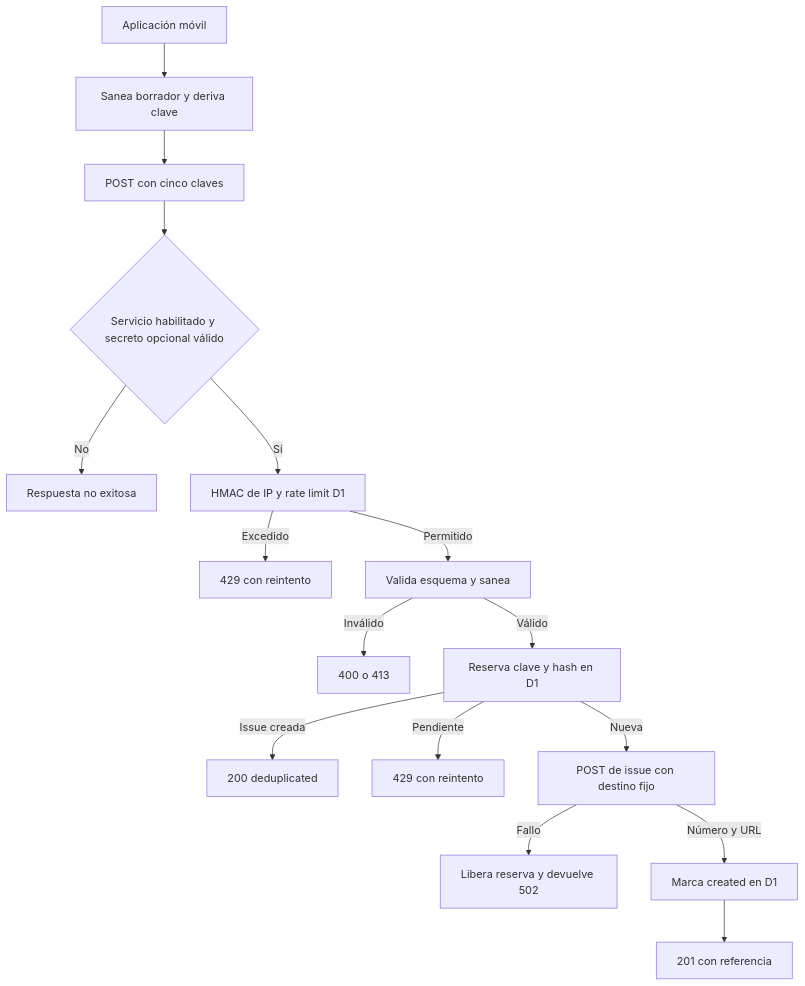
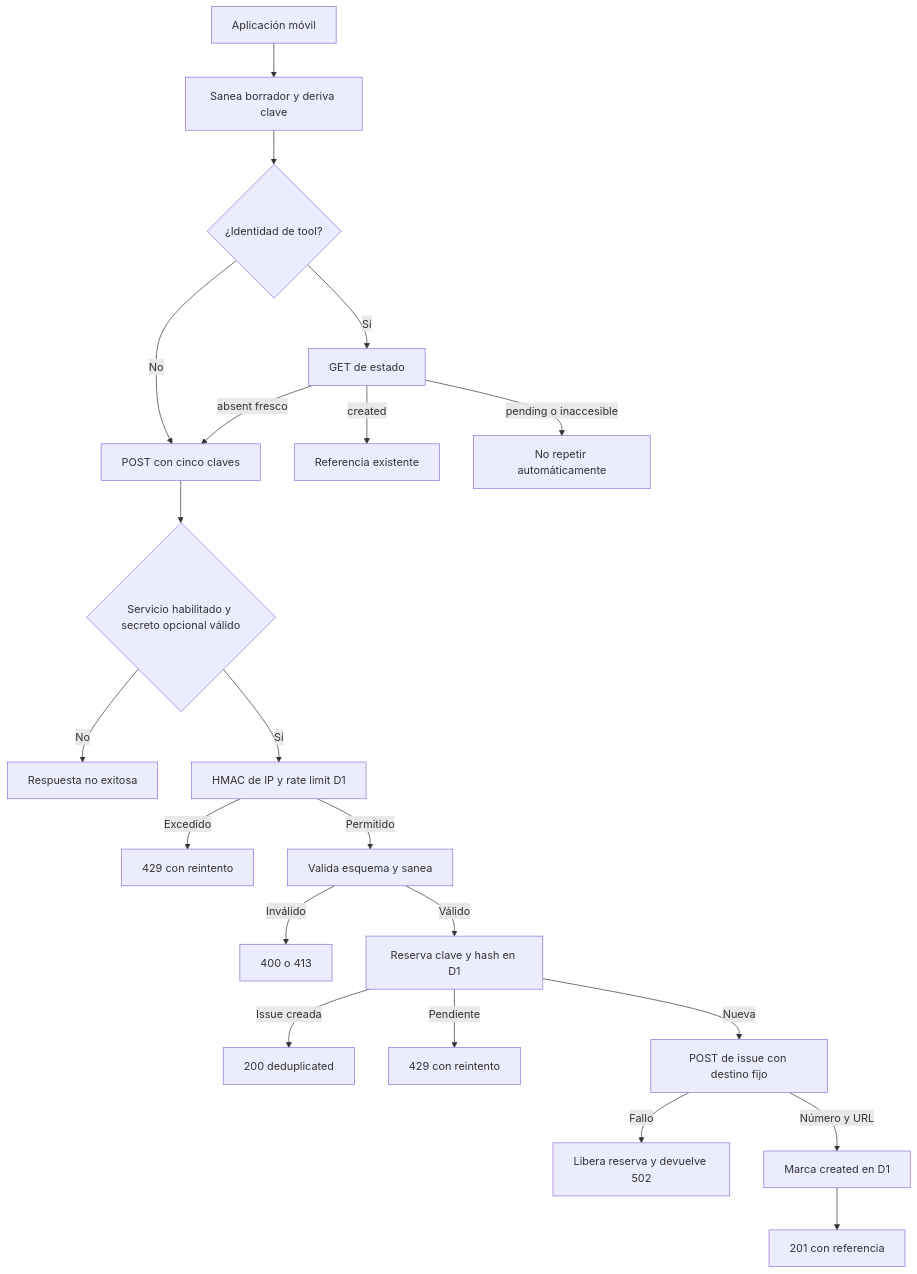
Before and after one commit to maximofn/gymnasia: the diagram in openwiki/services/feedback-worker.md, drawn with Mermaid. The commit also changed other lines of this file and 46 other files, not shown here.

````diff
--- a/openwiki/services/feedback-worker.md
+++ b/openwiki/services/feedback-worker.md
@@ -81,18 +90,23 @@
 ```mermaid
 flowchart TD
     App["Aplicación móvil"] --> Draft["Sanea borrador y deriva clave"]
-    Draft --> Post["POST con cinco claves"]
-    Post --> Gate{"Servicio habilitado y secreto opcional válido"}
+    Draft --> Kind{"¿Identidad de tool?"}
+    Kind -->|"Sí"| Status["GET de estado"]
+    Kind -->|"No"| Post
+    Status -->|"created"| StatusCreated["Referencia existente"]
+    Status -->|"pending o inaccesible"| Stop["No repetir automáticamente"]
+    Status -->|"absent fresco"| Post
+    Post["POST con cinco claves"] --> Gate{"Servicio habilitado y secreto opcional válido"}
     Gate -- "No" --> Unavailable["Respuesta no exitosa"]
     Gate -- "Sí" --> Limit["HMAC de IP y rate limit D1"]
     Limit -- "Excedido" --> Limited["429 con reintento"]
     Limit -- "Permitido" --> Validate["Valida esquema y sanea"]
     Validate -- "Inválido" --> Rejected["400 o 413"]
     Validate -- "Válido" --> Reserve["Reserva clave y hash en D1"]
     Reserve -- "Issue creada" --> Existing["200 deduplicated"]
     Reserve -- "Pendiente" --> Pending["429 con reintento"]
     Reserve -- "Nueva" --> GitHub["POST de issue con destino fijo"]
     GitHub -- "Fallo" --> Release["Libera reserva y devuelve 502"]
     GitHub -- "Número y URL" --> Complete["Marca created en D1"]
     Complete --> Created["201 con referencia"]
 ```
````
